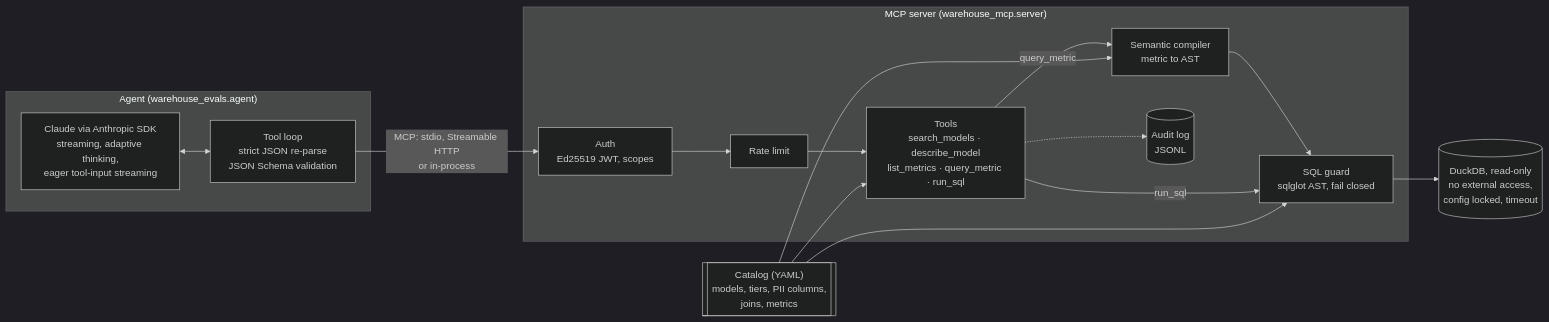
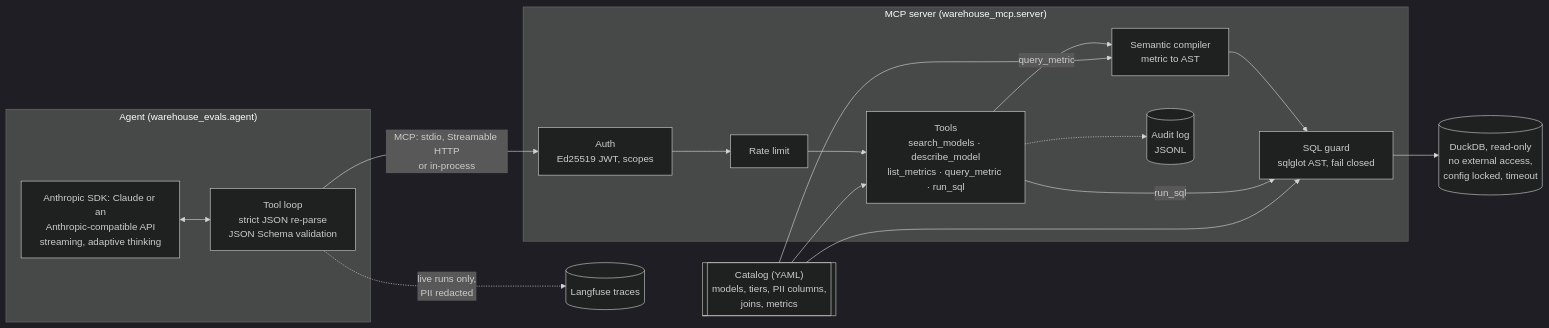
One commit to tongliuTL/governed-warehouse-mcp changed the diagram in README.md. Above: the diagram before and after it, drawn with Mermaid (dark theme). The commit also changed other lines of this file and 3 other files, not shown here.

First line of the commit message:
Docs: cover the LLM judge, Langfuse tracing and model providers

````diff
--- a/README.md
+++ b/README.md
@@ -99,30 +103,31 @@
 ```mermaid
 flowchart LR
     subgraph Agent["Agent (warehouse_evals.agent)"]
-        LLM["Claude via Anthropic SDK<br/>streaming, adaptive thinking,<br/>eager tool-input streaming"]
+        LLM["Anthropic SDK: Claude or an<br/>Anthropic-compatible API<br/>streaming, adaptive thinking"]
         Loop["Tool loop<br/>strict JSON re-parse<br/>JSON Schema validation"]
         LLM <--> Loop
     end
 
     subgraph Server["MCP server (warehouse_mcp.server)"]
         Auth["Auth<br/>Ed25519 JWT, scopes"]
         RL["Rate limit"]
         Tools["Tools<br/>search_models · describe_model<br/>list_metrics · query_metric · run_sql"]
         Sem["Semantic compiler<br/>metric to AST"]
         Guard["SQL guard<br/>sqlglot AST, fail closed"]
         Audit[("Audit log<br/>JSONL")]
         Auth --> RL --> Tools
         Tools -- query_metric --> Sem --> Guard
         Tools -- run_sql --> Guard
         Tools -.-> Audit
     end
 
     Catalog[["Catalog (YAML)<br/>models, tiers, PII columns,<br/>joins, metrics"]]
     DB[("DuckDB, read-only<br/>no external access,<br/>config locked, timeout")]
 
     Loop -- "MCP: stdio, Streamable HTTP<br/>or in-process" --> Auth
+    Loop -.->|"live runs only,<br/>PII redacted"| LF[("Langfuse traces")]
     Catalog --> Tools
     Catalog --> Sem
     Catalog --> Guard
     Guard --> DB
 ```
````
